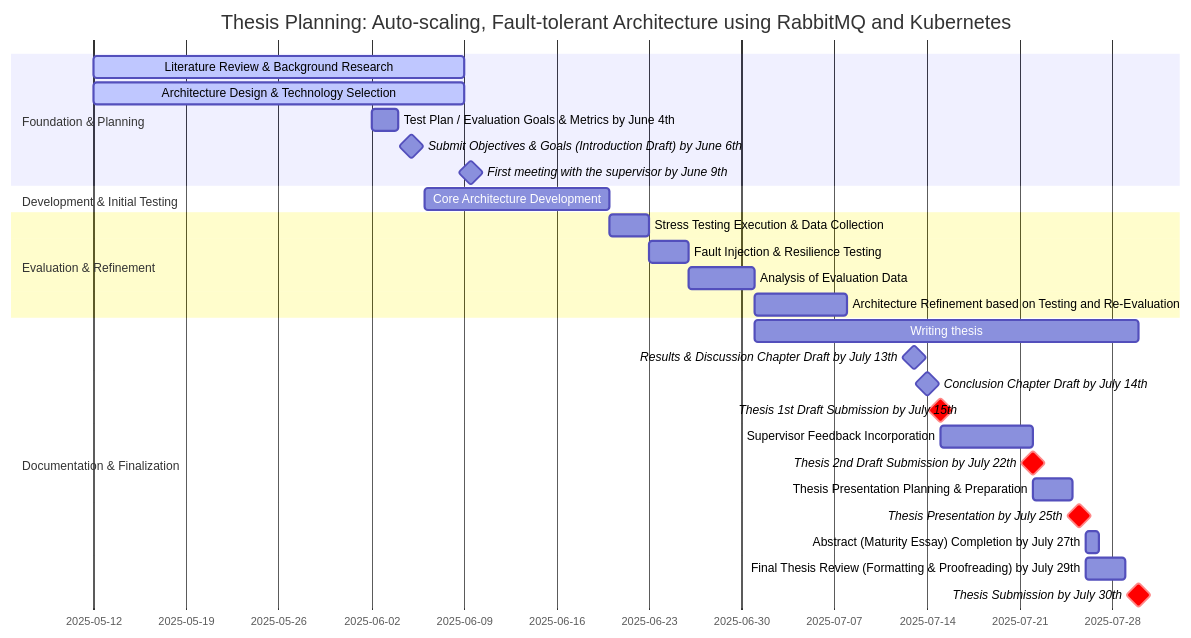
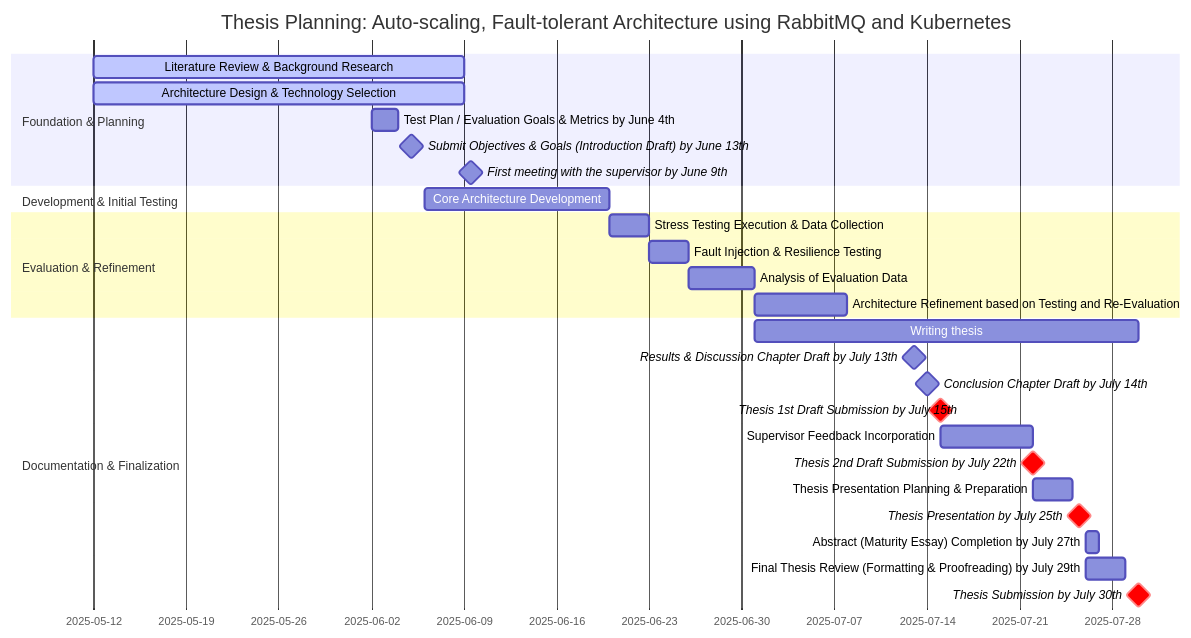
One commit to skywno/project changed the diagram in documentation/project-planning.md. Above: the diagram before and after it, drawn with Mermaid. The commit also changed 23 other files, not shown here.

````diff
--- a/documentation/project-planning.md
+++ b/documentation/project-planning.md
@@ -1,37 +1,37 @@
 ```mermaid
 gantt
     dateFormat  YYYY-MM-DD
 	tickInterval 1week
 	weekday monday
 
     title Thesis Planning: Auto-scaling, Fault-tolerant Architecture using RabbitMQ and Kubernetes
 
     section Foundation & Planning
     Literature Review & Background Research :active, lit_review, 2025-05-12, 4w
     Architecture Design & Technology Selection :active, arch_design, 2025-05-12, 4w
 	Test Plan / Evaluation Goals & Metrics by June 4th :test_plan, 2025-06-02, 2025-06-04 
-    Submit Objectives & Goals (Introduction Draft) by June 6th : milestone, goal, after test_plan, 2025-06-06
+    Submit Objectives & Goals (Introduction Draft) by June 13th : milestone, goal, after test_plan, 2025-06-06
 	First meeting with the supervisor by June 9th: milestone, first_meeting, 2025-06-09, 1d
     
 	section Development & Initial Testing
     Core Architecture Development :core_dev, after goal, 2025-06-20
 
     section Evaluation & Refinement
     Stress Testing Execution & Data Collection :stress_test, after core_dev, 2025-06-23
     Fault Injection & Resilience Testing :fault_test, after stress_test, 2025-06-26
     Analysis of Evaluation Data :data_analysis, after fault_test, 2025-07-01
     Architecture Refinement based on Testing and Re-Evaluation : arch_refine, after data_analysis, 2025-07-08
 
     section Documentation & Finalization
 	Writing thesis: thesis_write, 2025-07-01, 2025-07-30
     Results & Discussion Chapter Draft by July 13th : milestone, results_chap, 2025-07-13, 0d
     Conclusion Chapter Draft by July 14th : milestone, conclusion_chap, 2025-07-14, 0d
     Thesis 1st Draft Submission by July 15th : crit, milestone, draft_submission, 2025-07-15, 0d
     Supervisor Feedback Incorporation : feedback_incorporation, after draft_submission, 2025-07-22
 	Thesis 2nd Draft Submission by July 22th : crit, milestone, 2025-07-22, 0d
     Thesis Presentation Planning & Preparation : presentation_plan, after feedback_incorporation, 2025-07-25
     Thesis Presentation by July 25th : crit, milestone, presentation, 2025-07-25, 1d
     Abstract (Maturity Essay) Completion by July 27th: abstract_completion, after presentation, 2025-07-27
     Final Thesis Review (Formatting & Proofreading) by July 29th: proofreading, after presentation, 2025-07-29
     Thesis Submission by July 30th: crit, milestone, thesis_submission, 2025-07-30, 0d
 ```
````
